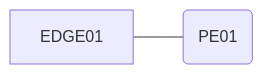
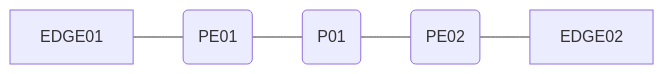
Before and after one commit to jnaranjom/iac_network_deployment: the diagram in diagrams/network_diagram.md, drawn with Mermaid.

````diff
--- a/diagrams/network_diagram.md
+++ b/diagrams/network_diagram.md
@@ -7,4 +7,7 @@
 ```mermaid
 flowchart LR
     A[EDGE01] --- B(PE01)
+    B --- C(P01)
+    C --- D(PE02)
+    D --- E[EDGE02]
 ```
````
